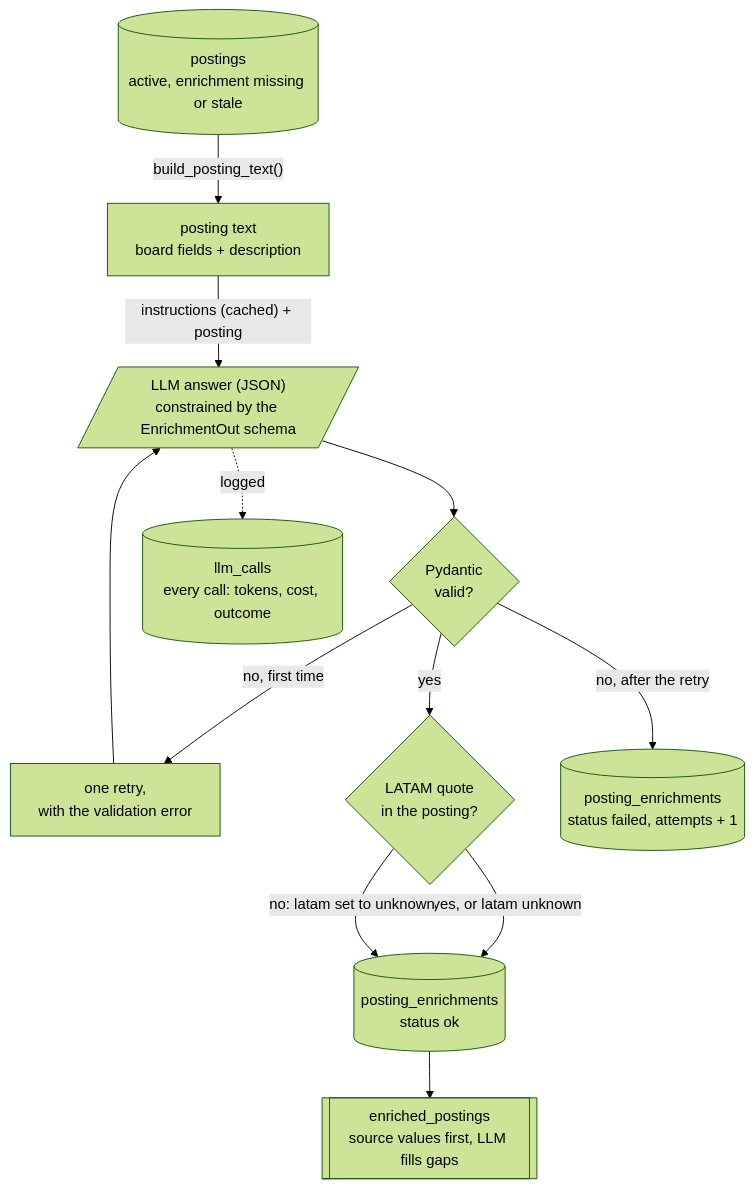
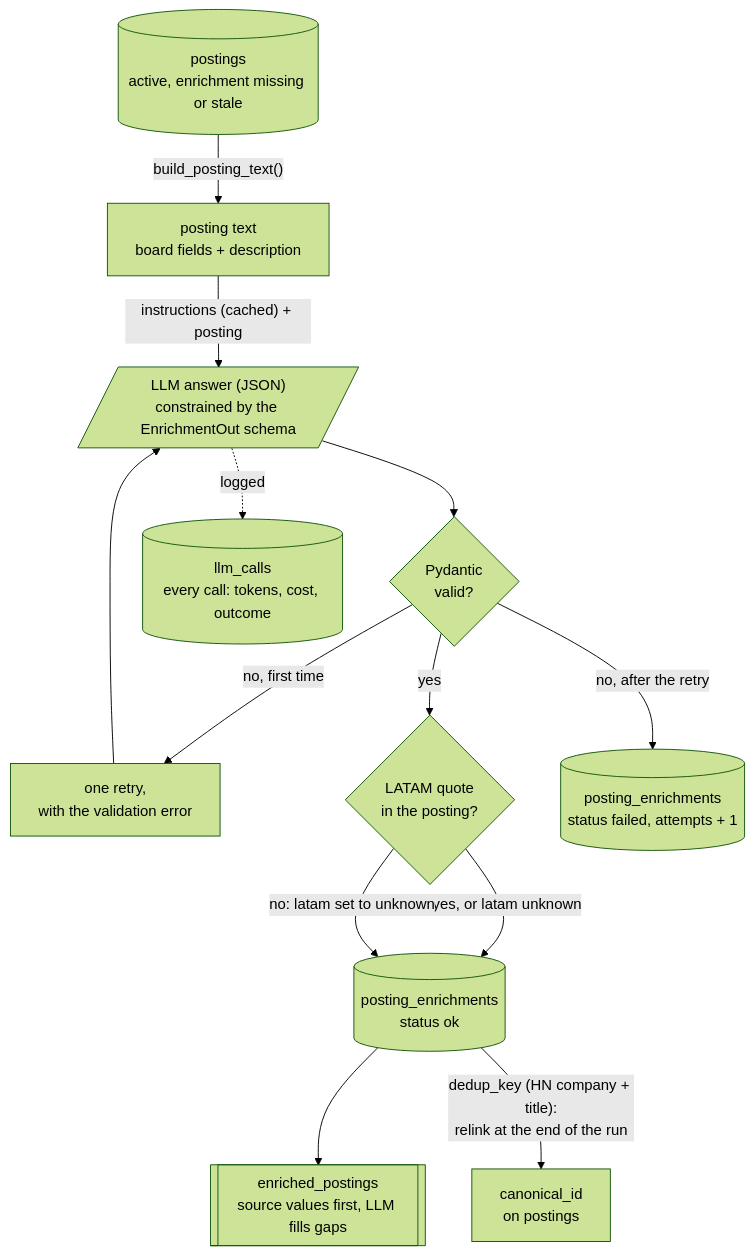
The second of 2 diagrams in docs/diagrams/data-flow.md (nachhh/jobradar), drawn with Mermaid (forest theme) before and after one commit. The commit also changed 10 other files, not shown here.

````diff
--- a/docs/diagrams/data-flow.md
+++ b/docs/diagrams/data-flow.md
@@ -55,25 +55,26 @@
 ```mermaid
 flowchart TB
     POST[("postings<br/>active, enrichment missing or stale")]
     TEXT["posting text<br/>board fields + description"]
     LLM[/"LLM answer (JSON)<br/>constrained by the EnrichmentOut schema"/]
     VALID{"Pydantic<br/>valid?"}
     RETRY["one retry,<br/>with the validation error"]
     GROUND{"LATAM quote<br/>in the posting?"}
     OK[("posting_enrichments<br/>status ok")]
     FAIL[("posting_enrichments<br/>status failed, attempts + 1")]
     CALLS[("llm_calls<br/>every call: tokens, cost, outcome")]
     VIEW[["enriched_postings<br/>source values first, LLM fills gaps"]]
 
     POST -- "build_posting_text()" --> TEXT
     TEXT -- "instructions (cached) + posting" --> LLM
     LLM --> VALID
     VALID -- "no, first time" --> RETRY
     RETRY --> LLM
     VALID -- "no, after the retry" --> FAIL
     VALID -- "yes" --> GROUND
     GROUND -- "yes, or latam unknown" --> OK
     GROUND -- "no: latam set to unknown" --> OK
     LLM -. "logged" .-> CALLS
     OK --> VIEW
+    OK -- "dedup_key (HN company + title):<br/>relink at the end of the run" --> LINKS["canonical_id<br/>on postings"]
 ```
````
